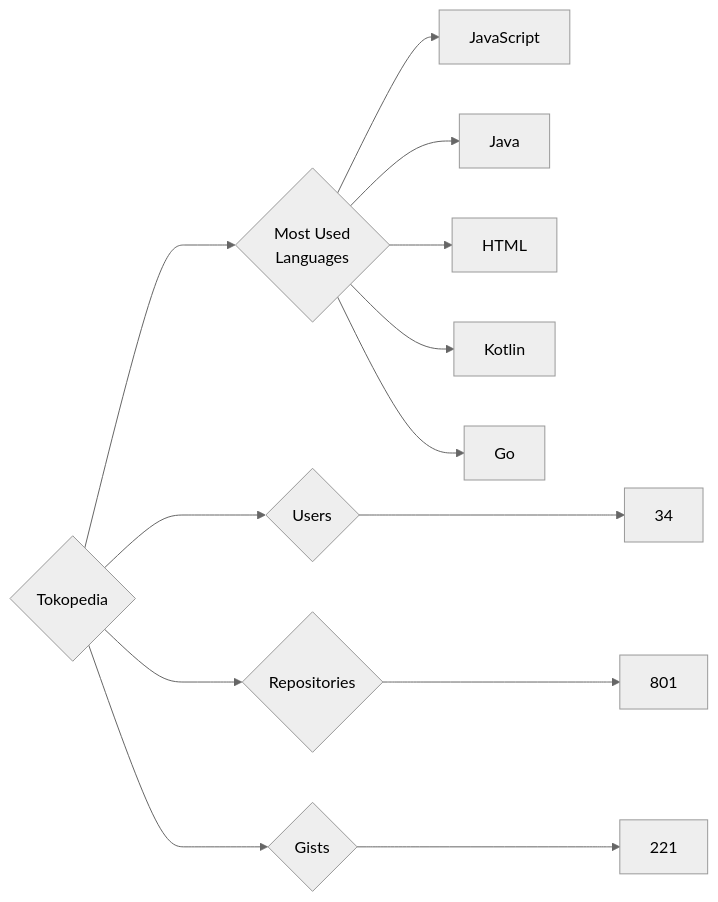
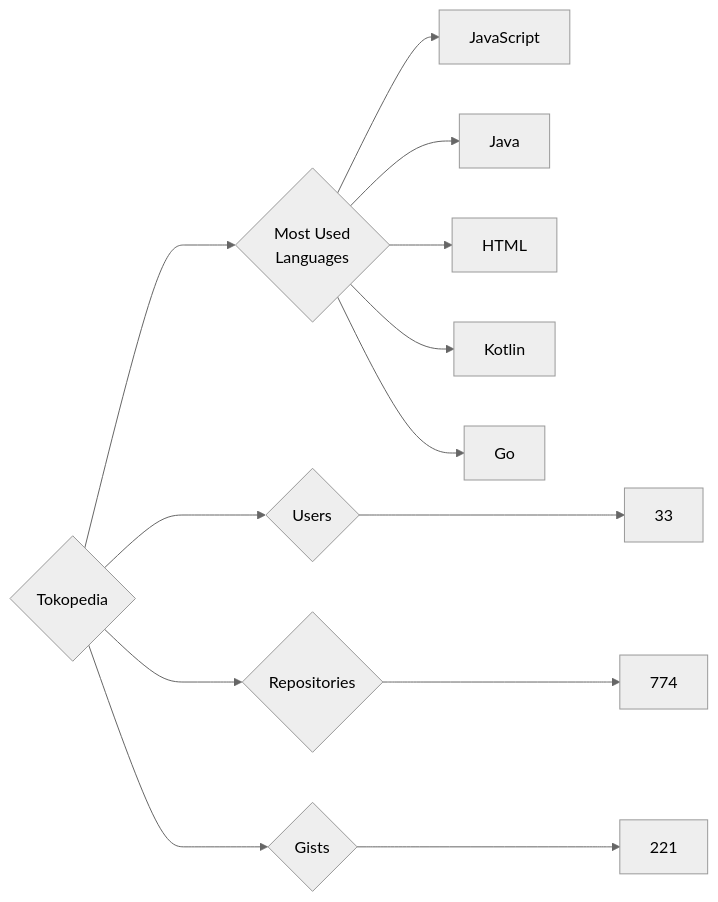
One commit to trickest/insiders changed the diagram in targets/Tokopedia/README.md. Above: the diagram before and after it, drawn with Mermaid (neutral theme). The commit also changed 1479 other files, not shown here.

````diff
--- a/targets/Tokopedia/README.md
+++ b/targets/Tokopedia/README.md
@@ -3,13 +3,13 @@
 ```mermaid
 graph LR
 COMPANY_NAME{Tokopedia}
-COMPANY_NAME ---> U{Users} ---> UN[34]
-COMPANY_NAME ---> R{Repositories} ---> RN[801]
+COMPANY_NAME ---> U{Users} ---> UN[33]
+COMPANY_NAME ---> R{Repositories} ---> RN[774]
 COMPANY_NAME ---> G{Gists} ---> GN[221]
 COMPANY_NAME ---> ML{Most Used<br>Languages}
 ML --> JavaScript[JavaScript]
 ML --> Java[Java]
 ML --> HTML[HTML]
 ML --> Kotlin[Kotlin]
 ML --> Go[Go]
 ```
````
